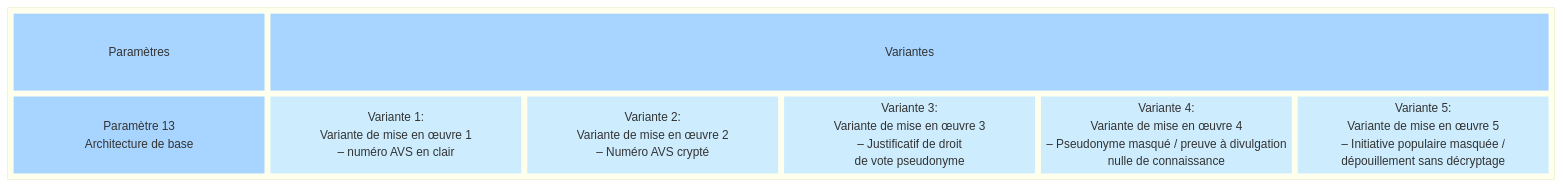
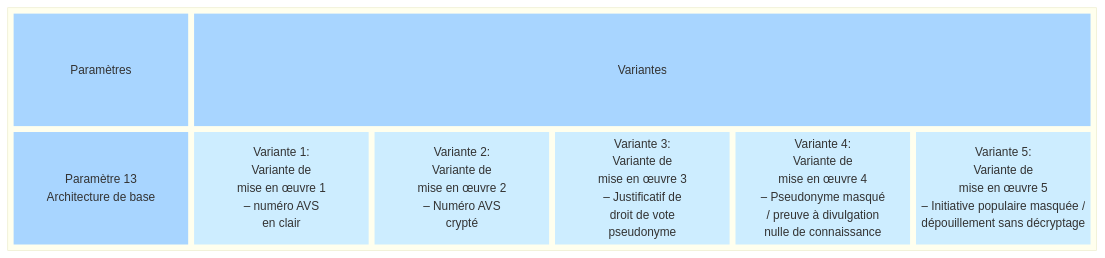
One commit to swiss/e-collecting changed the first of 2 diagrams in docs/morphological-box/parameter-13.md. Above: the diagram before and after it, drawn with Mermaid. The commit also changed other lines of this file, not shown here.

````diff
--- a/docs/morphological-box/parameter-13.md
+++ b/docs/morphological-box/parameter-13.md
@@ -15,36 +15,45 @@
 ```mermaid
 block
   block
     columns 6
     t1["Paramètres"]
     t2["Variantes"]:5
     d["Paramètre 13
     Architecture de base"]
     a1["Variante 1:
-    Variante de mise en œuvre 1
-    – numéro AVS en clair"]
+    Variante de
+    mise en œuvre 1
+    – numéro AVS
+    en clair"]
     a2["Variante 2:
-    Variante de mise en œuvre 2
-    – Numéro AVS crypté"]
+    Variante de
+    mise en œuvre 2
+    – Numéro AVS
+    crypté"]
     a3["Variante 3:
-    Variante de mise en œuvre 3
-    – Justificatif de droit
-    de vote pseudonyme"]
+    Variante de
+    mise en œuvre 3
+    – Justificatif de
+    droit de vote
+    pseudonyme"]
     a4["Variante 4:
-    Variante de mise en œuvre 4
-    – Pseudonyme masqué / preuve à divulgation
+    Variante de
+    mise en œuvre 4
+    – Pseudonyme masqué
+    / preuve à divulgation
     nulle de connaissance"]
     a5["Variante 5:
-    Variante de mise en œuvre 5
+    Variante de
+    mise en œuvre 5
     – Initiative populaire masquée /
     dépouillement sans décryptage"]
     style t1 fill:#a8d5ff,stroke-width:0px
     style t2 fill:#a8d5ff,stroke-width:0px
     style d fill:#a8d5ff,stroke-width:0px,text-valign:top
     style a1 fill:#cdedff,stroke-width:0px
     style a2 fill:#cdedff,stroke-width:0px
     style a3 fill:#cdedff,stroke-width:0px
     style a4 fill:#cdedff,stroke-width:0px
     style a5 fill:#cdedff,stroke-width:0px
   end
 ```
````
